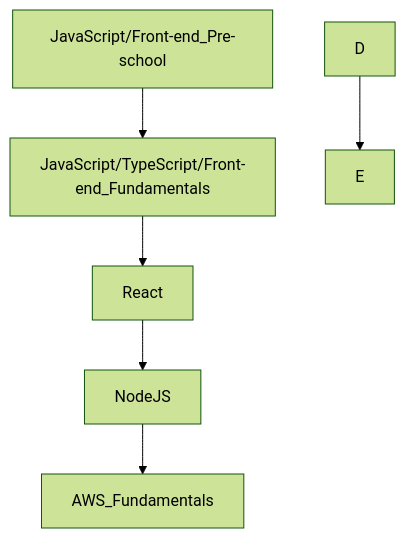
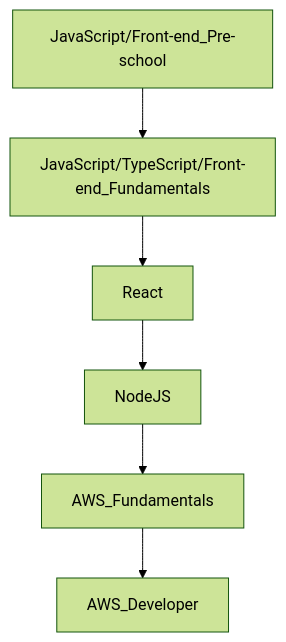
One commit to webdevelopedu/rsschool-cv changed the diagram in README.md. Above: the diagram before and after it, drawn with Mermaid (forest theme).

````diff
--- a/README.md
+++ b/README.md
@@ -26,8 +26,8 @@
 ```mermaid
 graph TD;
     JavaScript/Front-end_Pre-school-->JavaScript/TypeScript/Front-end_Fundamentals;
     JavaScript/TypeScript/Front-end_Fundamentals-->React;
     React-->NodeJS;
     NodeJS-->AWS_Fundamentals;
-    D-->E;
+    AWS_Fundamentals-->AWS_Developer;
 ```
````
